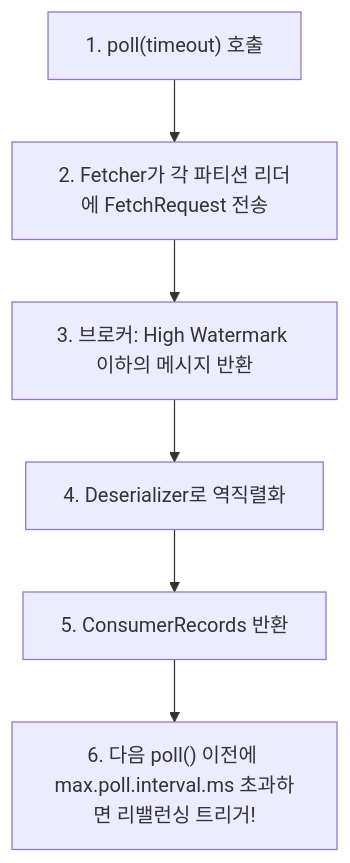
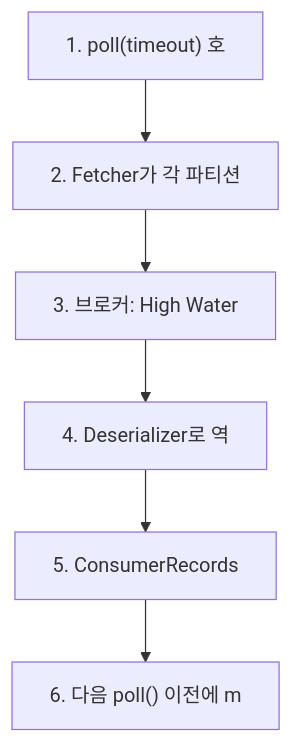
The fifth of 21 diagrams in _posts/kafka/2026-05-01-kafka-internals.md (yjkim2015/yjkim2015.github.io), drawn with Mermaid before and after one commit. The commit also changed other lines of this file and 271 other files, not shown here.

First line of the commit message:
Mermaid 라벨 축소: 긴 노드 텍스트 18자 이하로 트림 + \n 제거

````diff
--- a/_posts/kafka/2026-05-01-kafka-internals.md
+++ b/_posts/kafka/2026-05-01-kafka-internals.md
@@ -157,10 +157,10 @@
 ```mermaid
 graph TD
-    A["1. poll(timeout) 호출"]
-    B["2. Fetcher가 각 파티션 리더에 FetchRequest 전송"]
-    C["3. 브로커: High Watermark 이하의 메시지 반환"]
-    D["4. Deserializer로 역직렬화"]
-    E["5. ConsumerRecords 반환"]
-    F["6. 다음 poll() 이전에 max.poll.interval.ms 초과하면 리밸런싱 트리거!"]
+    A["1. poll(timeout) 호"]
+    B["2. Fetcher가 각 파티션"]
+    C["3. 브로커: High Water"]
+    D["4. Deserializer로 역"]
+    E["5. ConsumerRecords"]
+    F["6. 다음 poll() 이전에 m"]
     A --> B --> C --> D --> E --> F
 ```
````
